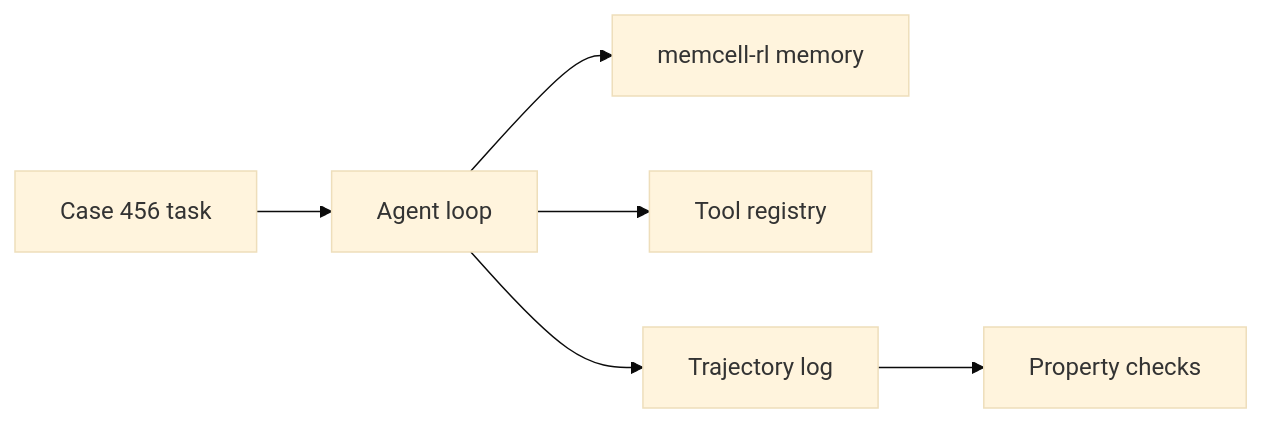
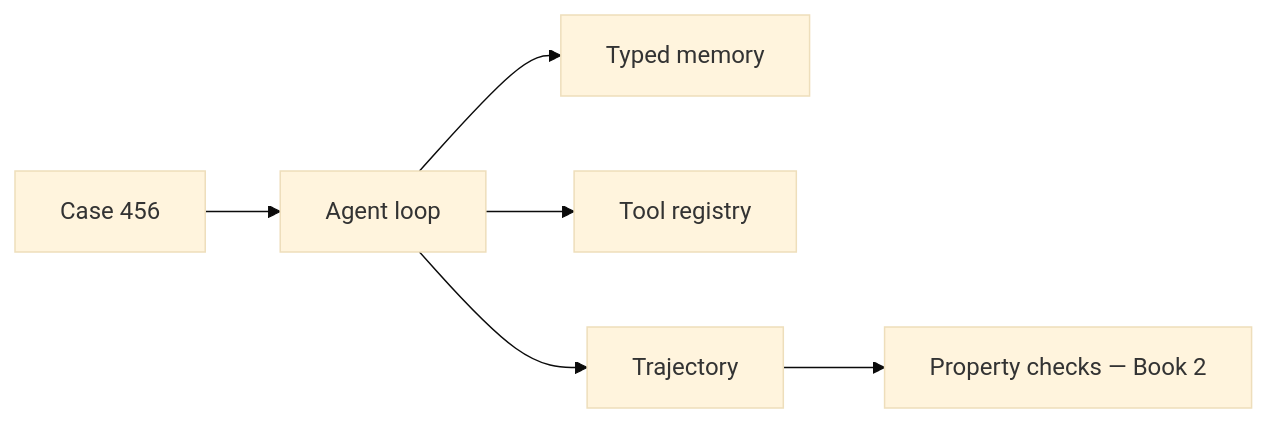
The diagram in src/introduction.md (adu3110/building-agentic-systems), drawn with Mermaid (base theme) before and after one commit. The commit also changed other lines of this file and 12 other files, not shown here.

````diff
--- a/src/introduction.md
+++ b/src/introduction.md
@@ -39,8 +28,8 @@
 ```mermaid
 flowchart LR
-  Task[Case 456 task] --> Loop[Agent loop]
-  Loop --> Memory[memcell-rl memory]
+  Task[Case 456] --> Loop[Agent loop]
+  Loop --> Memory[Typed memory]
   Loop --> Tools[Tool registry]
-  Loop --> Traj[Trajectory log]
-  Traj --> Eval[Property checks]
+  Loop --> Traj[Trajectory]
+  Traj --> Eval[Property checks — Book 2]
 ```
````
